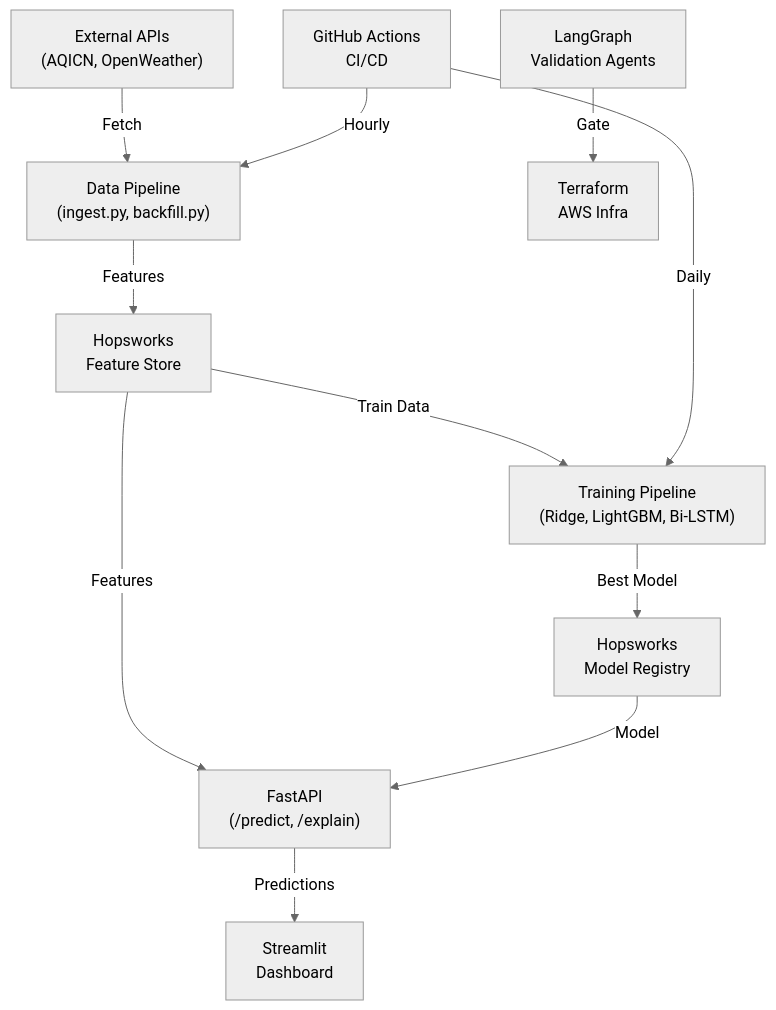
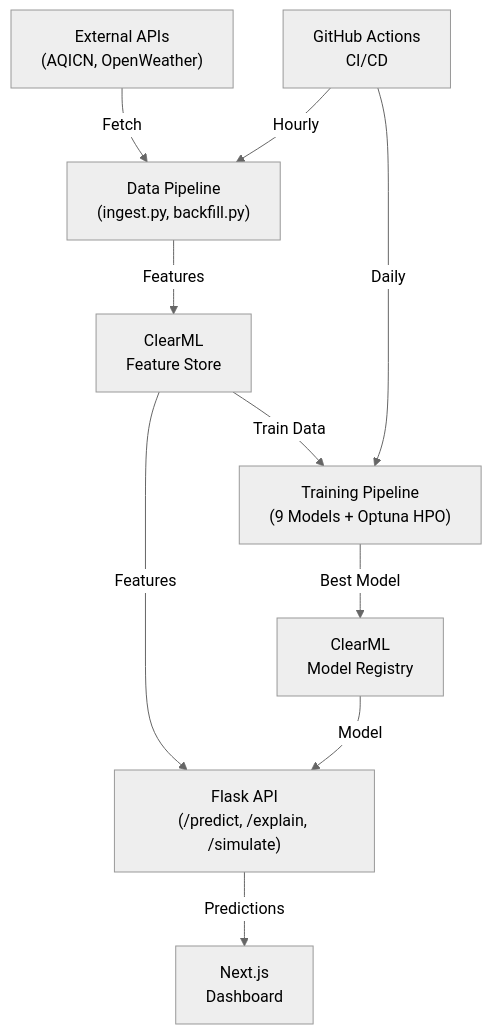
The diagram in implementation_plan.md (Zain-ul-abdeen-773/AQI-Predictor), drawn with Mermaid (neutral theme) before and after one commit. The commit also changed other lines of this file and 12 other files, not shown here.

````diff
--- a/implementation_plan.md
+++ b/implementation_plan.md
@@ -7,13 +7,12 @@
 ```mermaid
 graph TD
     A["External APIs<br/>(AQICN, OpenWeather)"] -->|Fetch| B["Data Pipeline<br/>(ingest.py, backfill.py)"]
-    B -->|Features| C["Hopsworks<br/>Feature Store"]
-    C -->|Train Data| D["Training Pipeline<br/>(Ridge, LightGBM, Bi-LSTM)"]
-    D -->|Best Model| E["Hopsworks<br/>Model Registry"]
-    C -->|Features| F["FastAPI<br/>(/predict, /explain)"]
+    B -->|Features| C["ClearML<br/>Feature Store"]
+    C -->|Train Data| D["Training Pipeline<br/>(9 Models + Optuna HPO)"]
+    D -->|Best Model| E["ClearML<br/>Model Registry"]
+    C -->|Features| F["Flask API<br/>(/predict, /explain, /simulate)"]
     E -->|Model| F
-    F -->|Predictions| G["Streamlit<br/>Dashboard"]
+    F -->|Predictions| G["Next.js<br/>Dashboard"]
     H["GitHub Actions<br/>CI/CD"] -->|Hourly| B
     H -->|Daily| D
-    I["LangGraph<br/>Validation Agents"] -->|Gate| J["Terraform<br/>AWS Infra"]
 ```
````
